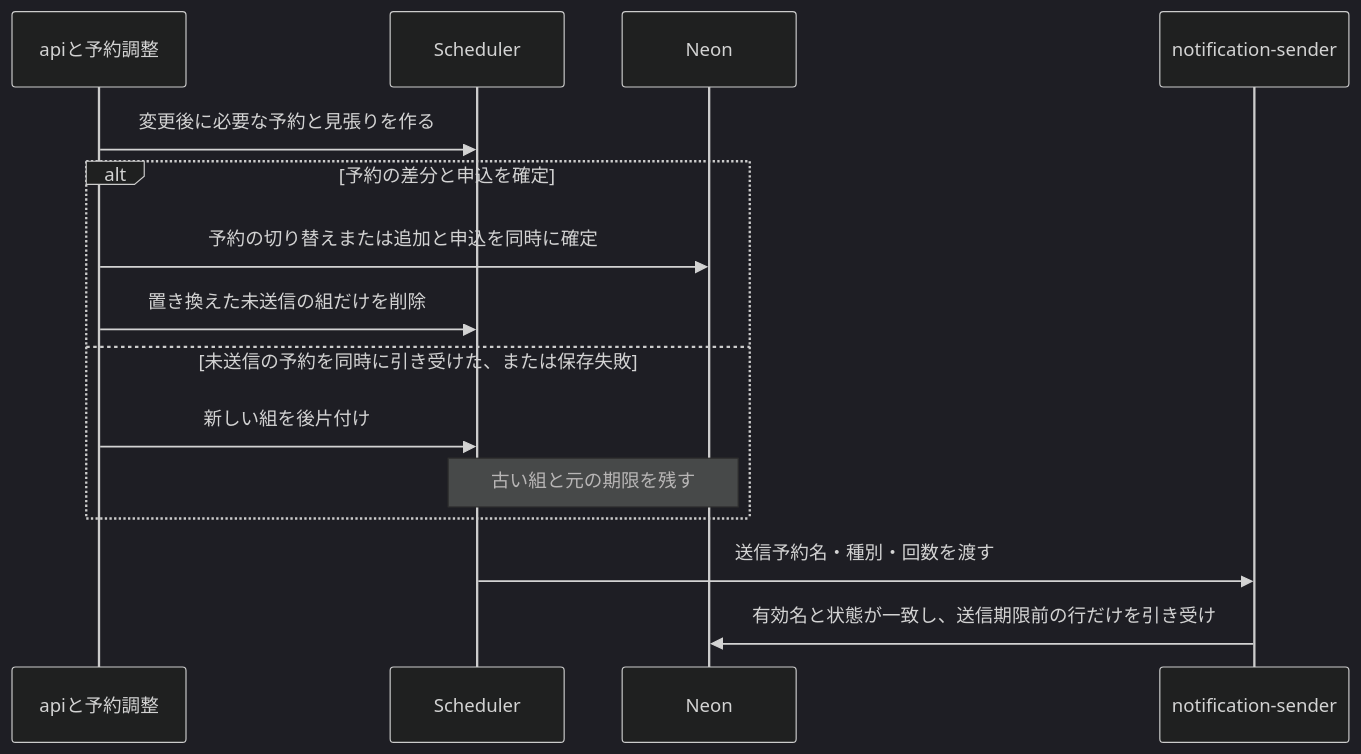
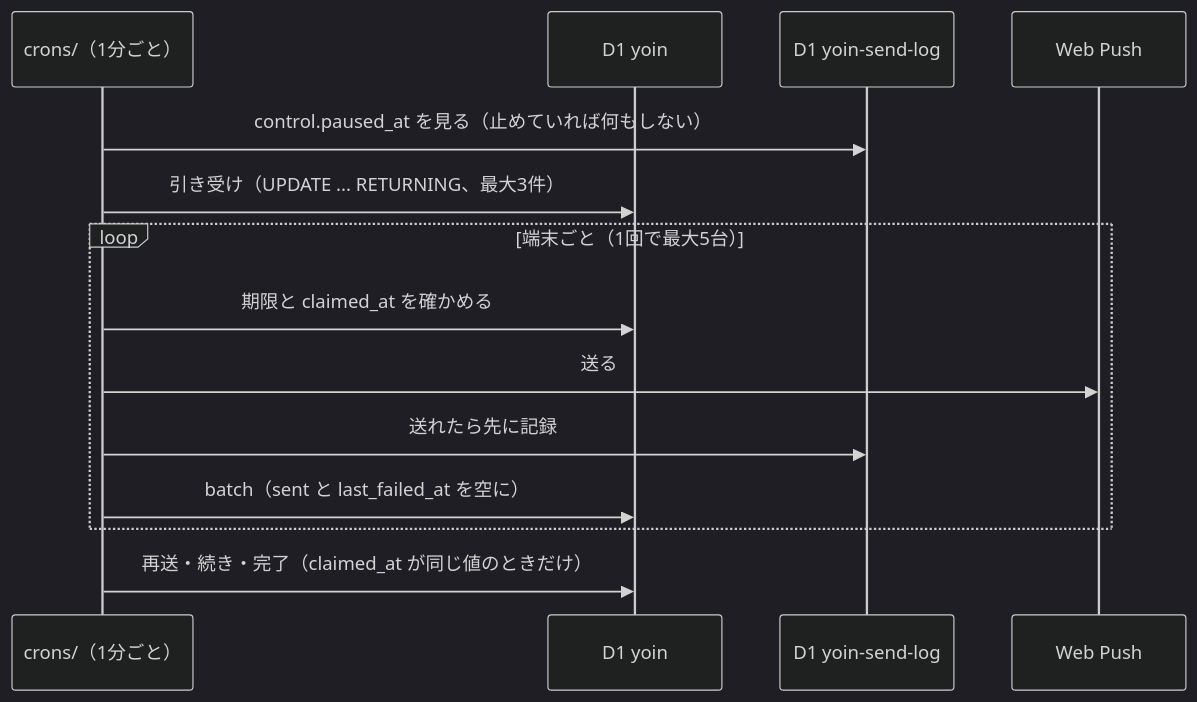
Before and after one commit to oze-xxbumpxx/yoin: the fifth of 6 diagrams in docs/designs/first-slice.md, drawn with Mermaid (dark theme). The commit also changed other lines of this file and 4 other files, not shown here.

````diff
--- a/docs/designs/first-slice.md
+++ b/docs/designs/first-slice.md
@@ -204,17 +250,16 @@
 ```mermaid
 sequenceDiagram
-    participant A as apiと予約調整
-    participant S as Scheduler
-    participant D as Neon
-    participant W as notification-sender
-    A->>S: 変更後に必要な予約と見張りを作る
-    alt 予約の差分と申込を確定
-        A->>D: 予約の切り替えまたは追加と申込を同時に確定
-        A->>S: 置き換えた未送信の組だけを削除
-    else 未送信の予約を同時に引き受けた、または保存失敗
-        A->>S: 新しい組を後片付け
-        Note over D,S: 古い組と元の期限を残す
-    end
-    S->>W: 送信予約名・種別・回数を渡す
-    W->>D: 有効名と状態が一致し、送信期限前の行だけを引き受け
+  participant C as crons/（1分ごと）
+  participant D as D1 yoin
+  participant L as D1 yoin-send-log
+  participant P as Web Push
+  C->>L: control.paused_at を見る（止めていれば何もしない）
+  C->>D: 引き受け（UPDATE ... RETURNING、最大3件）
+  loop 端末ごと（1回で最大5台）
+    C->>D: 期限と claimed_at を確かめる
+    C->>P: 送る
+    C->>L: 送れたら先に記録
+    C->>D: batch（sent と last_failed_at を空に）
+  end
+  C->>D: 再送・続き・完了（claimed_at が同じ値のときだけ）
 ```
````
